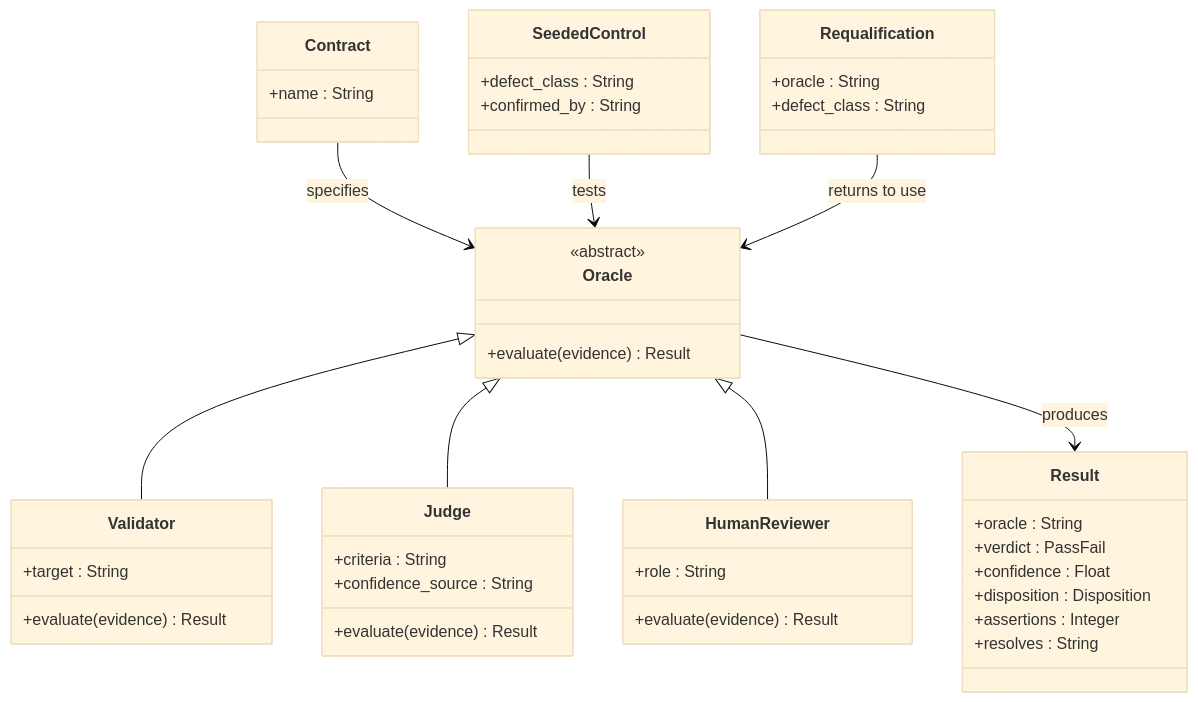
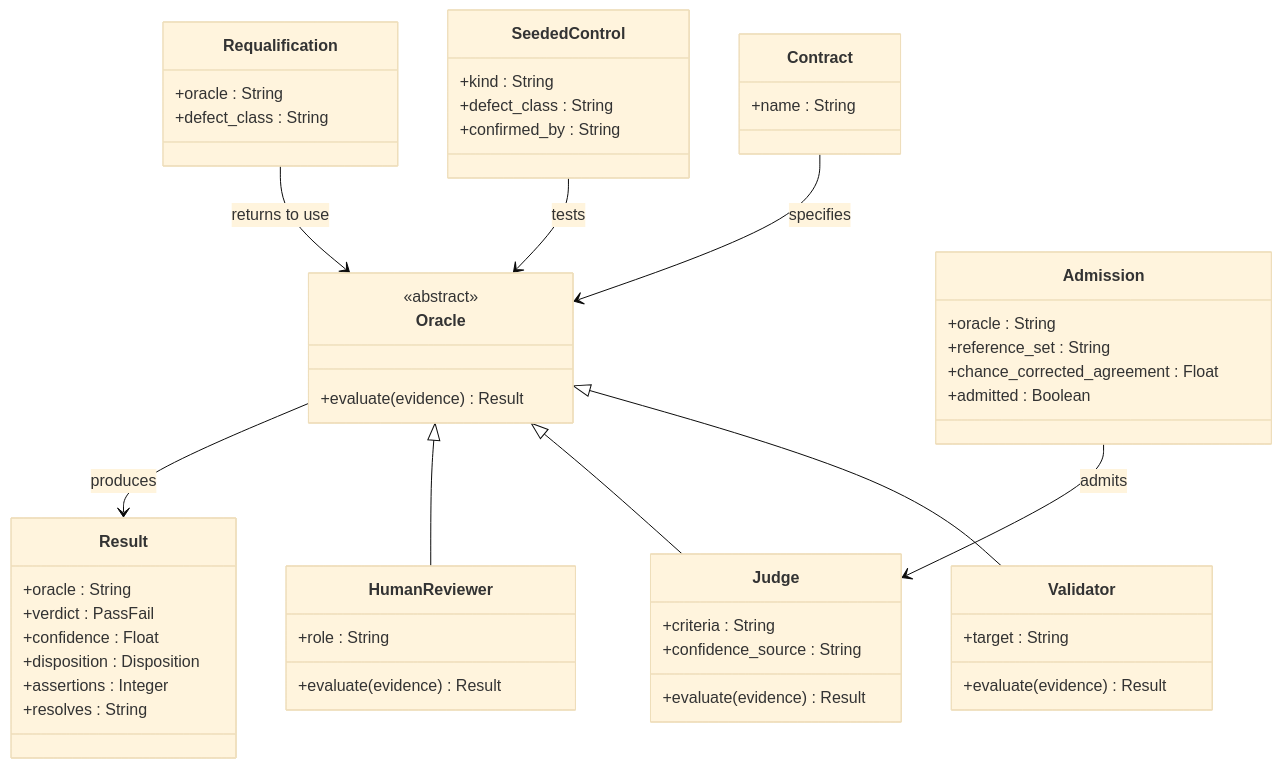
The second of 8 diagrams in appendices/appendix-e-uml-diagrams.md (igorakymenko-create/AQEF), drawn with Mermaid (base theme) before and after one commit. The commit also changed other lines of this file and 16 other files, not shown here.

````diff
--- a/appendices/appendix-e-uml-diagrams.md
+++ b/appendices/appendix-e-uml-diagrams.md
@@ -122,47 +123,55 @@
 ```mermaid
 classDiagram
     class Oracle {
         <<abstract>>
         +evaluate(evidence) Result
     }
     class Validator {
         +target : String
         +evaluate(evidence) Result
     }
     class Judge {
         +criteria : String
         +confidence_source : String
         +evaluate(evidence) Result
     }
     class HumanReviewer {
         +role : String
         +evaluate(evidence) Result
     }
     class Result {
         +oracle : String
         +verdict : PassFail
         +confidence : Float
         +disposition : Disposition
         +assertions : Integer
         +resolves : String
     }
     class Contract {
         +name : String
     }
     class SeededControl {
+        +kind : String
         +defect_class : String
         +confirmed_by : String
     }
     class Requalification {
         +oracle : String
         +defect_class : String
+    }
+    class Admission {
+        +oracle : String
+        +reference_set : String
+        +chance_corrected_agreement : Float
+        +admitted : Boolean
     }
 
     Oracle <|-- Validator
     Oracle <|-- Judge
     Oracle <|-- HumanReviewer
     Oracle --> Result : produces
     Contract --> Oracle : specifies
     SeededControl --> Oracle : tests
     Requalification --> Oracle : returns to use
+    Admission --> Judge : admits
 ```
````
